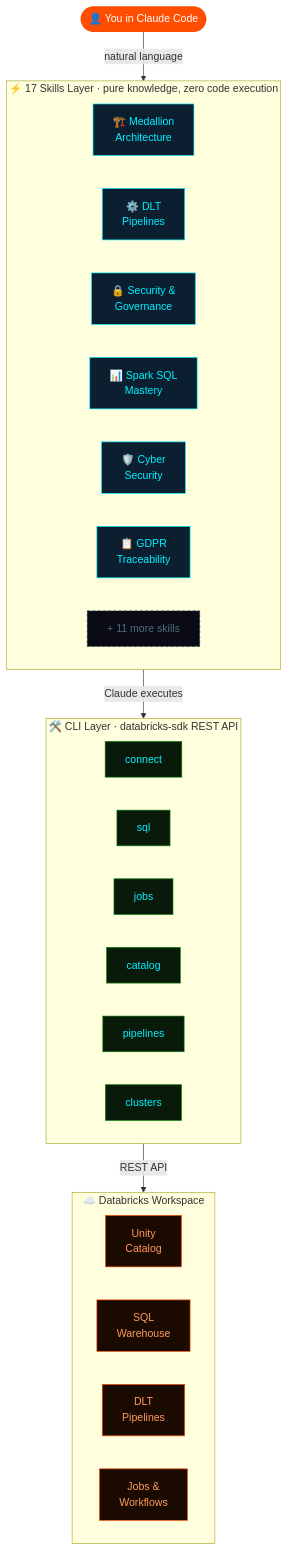
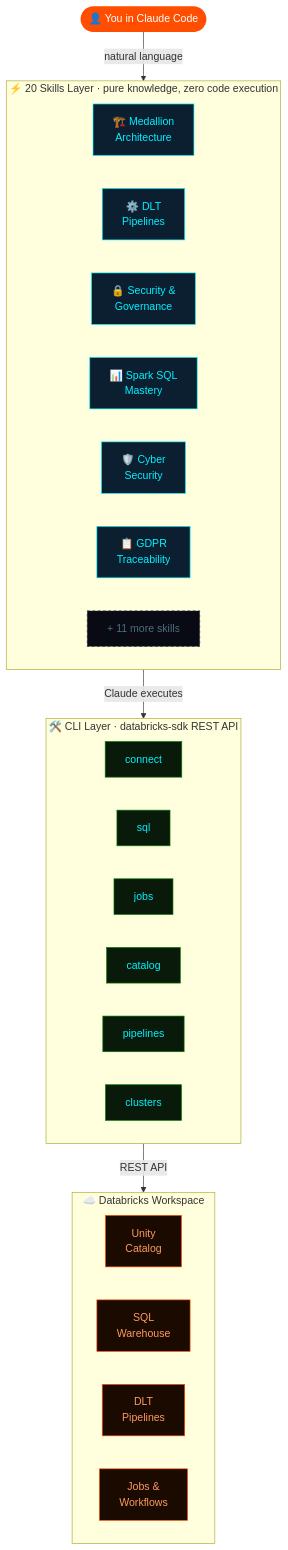
One commit to santoshkanthety/databricks-agent changed the second of 6 diagrams in README.md. Above: the diagram before and after it, drawn with Mermaid. The commit also changed other lines of this file and 7 other files, not shown here.

````diff
--- a/README.md
+++ b/README.md
@@ -125,40 +137,40 @@
 ```mermaid
 flowchart TD
     U(["👤 You in Claude Code"]):::user
 
-    subgraph SKILLS ["⚡ 17 Skills Layer  ·  pure knowledge, zero code execution"]
+    subgraph SKILLS ["⚡ 20 Skills Layer  ·  pure knowledge, zero code execution"]
         S1["🏗️ Medallion\nArchitecture"]:::skill
         S2["⚙️ DLT\nPipelines"]:::skill
         S3["🔒 Security &\nGovernance"]:::skill
         S4["📊 Spark SQL\nMastery"]:::skill
         S5["🛡️ Cyber\nSecurity"]:::skill
         S6["📋 GDPR\nTraceability"]:::skill
         S7["+ 11 more skills"]:::more
     end
 
     subgraph CLI ["🛠️ CLI Layer  ·  databricks-sdk REST API"]
         C1["connect"]:::cmd
         C2["sql"]:::cmd
         C3["jobs"]:::cmd
         C4["catalog"]:::cmd
         C5["pipelines"]:::cmd
         C6["clusters"]:::cmd
     end
 
     subgraph WS ["☁️ Databricks Workspace"]
         W1["Unity\nCatalog"]:::ws
         W2["SQL\nWarehouse"]:::ws
         W3["DLT\nPipelines"]:::ws
         W4["Jobs &\nWorkflows"]:::ws
     end
 
     U -->|"natural language"| SKILLS
     SKILLS -->|"Claude executes"| CLI
     CLI -->|"REST API"| WS
 
     classDef user fill:#ff4e00,color:#fff,stroke:none
     classDef skill fill:#0c1f30,color:#00f0ff,stroke:#00f0ff,stroke-width:1px
     classDef more fill:#0a0a14,color:#4a7080,stroke:#1a3040,stroke-dasharray:4
     classDef cmd fill:#0a1a0a,color:#00f0ff,stroke:#007a00,stroke-width:1px
     classDef ws fill:#1a0a00,color:#ff9a60,stroke:#ff4e00,stroke-width:1px
 ```
````
